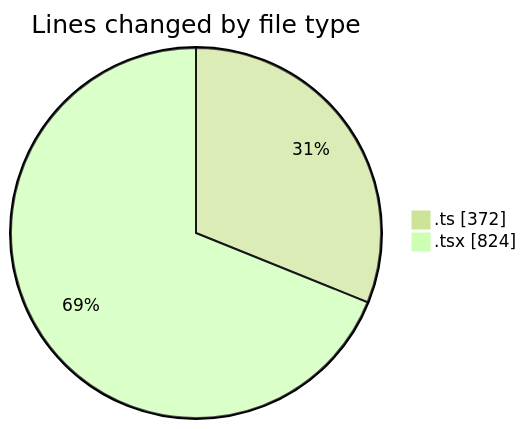
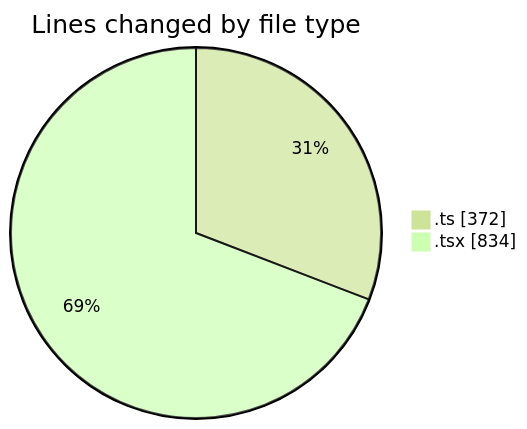
Before and after one commit to robertbonfada/code-tracking: the first of 2 diagrams in 2025-02-25/mbc-web/README.md, drawn with Mermaid (forest theme). The commit also changed other lines of this file and 1 other file, not shown here.

````diff
--- a/2025-02-25/mbc-web/README.md
+++ b/2025-02-25/mbc-web/README.md
@@ -23,6 +23,6 @@
 ```mermaid
 pie showData
 title Lines changed by file type
 ".ts" : 372
-".tsx" : 824
+".tsx" : 834
 ```
````
